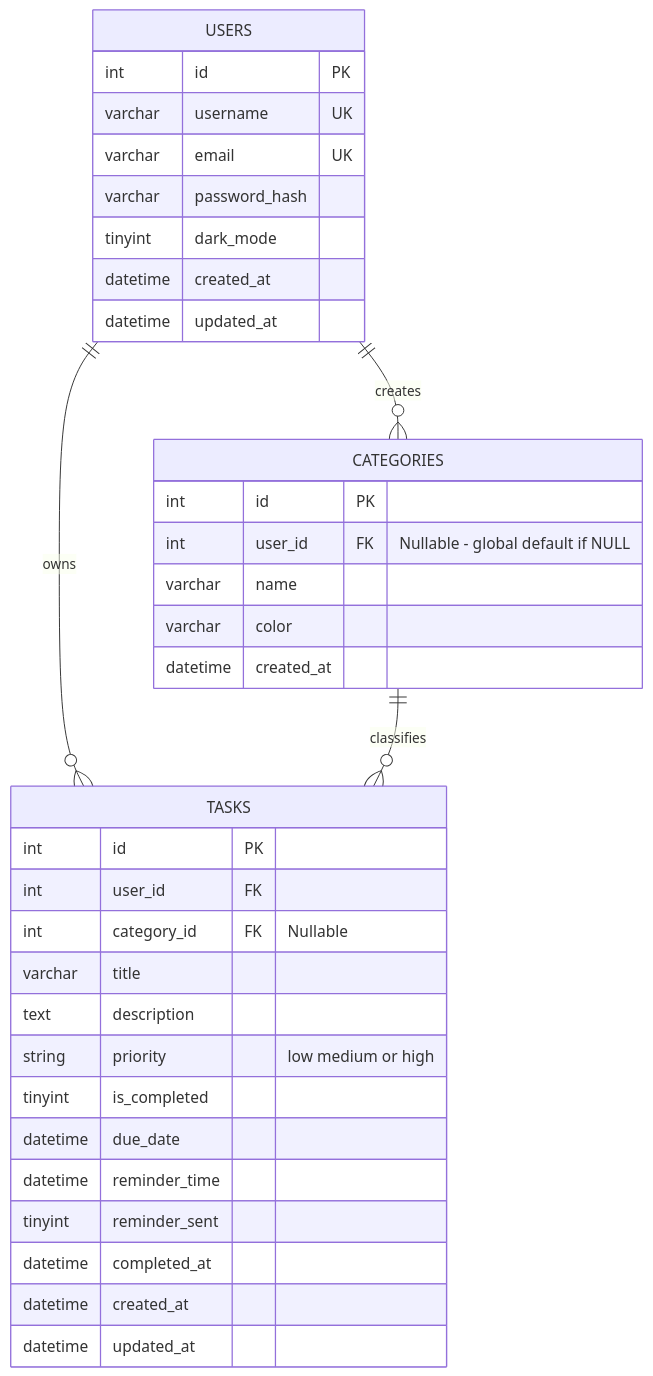
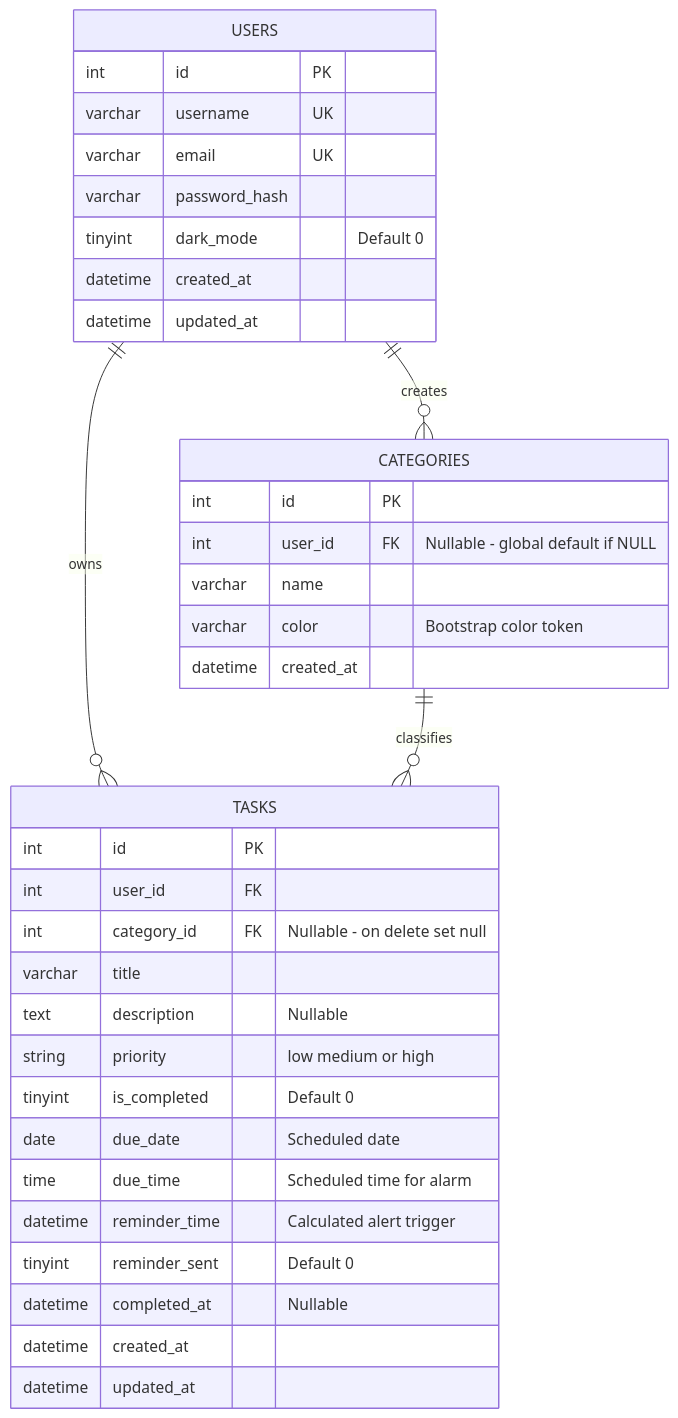
The first of 3 diagrams in PROJECT_PROPOSAL.md (shahriyarmostafa/Orbit), drawn with Mermaid before and after one commit. The commit also changed other lines of this file, not shown here.

Commit message:
Perfect database schema notes and milestone mapping in project proposal

````diff
--- a/PROJECT_PROPOSAL.md
+++ b/PROJECT_PROPOSAL.md
@@ -108,40 +108,41 @@
 ```mermaid
 erDiagram
     USERS ||--o{ CATEGORIES : "creates"
     USERS ||--o{ TASKS : "owns"
     CATEGORIES ||--o{ TASKS : "classifies"
 
     USERS {
         int id PK
         varchar username UK
         varchar email UK
         varchar password_hash
-        tinyint dark_mode
+        tinyint dark_mode "Default 0"
         datetime created_at
         datetime updated_at
     }
 
     CATEGORIES {
         int id PK
         int user_id FK "Nullable - global default if NULL"
         varchar name
-        varchar color
+        varchar color "Bootstrap color token"
         datetime created_at
     }
 
     TASKS {
         int id PK
         int user_id FK
-        int category_id FK "Nullable"
+        int category_id FK "Nullable - on delete set null"
         varchar title
-        text description
+        text description "Nullable"
         string priority "low medium or high"
-        tinyint is_completed
-        datetime due_date
-        datetime reminder_time
-        tinyint reminder_sent
-        datetime completed_at
+        tinyint is_completed "Default 0"
+        date due_date "Scheduled date"
+        time due_time "Scheduled time for alarm"
+        datetime reminder_time "Calculated alert trigger"
+        tinyint reminder_sent "Default 0"
+        datetime completed_at "Nullable"
         datetime created_at
         datetime updated_at
     }
 ```
````
